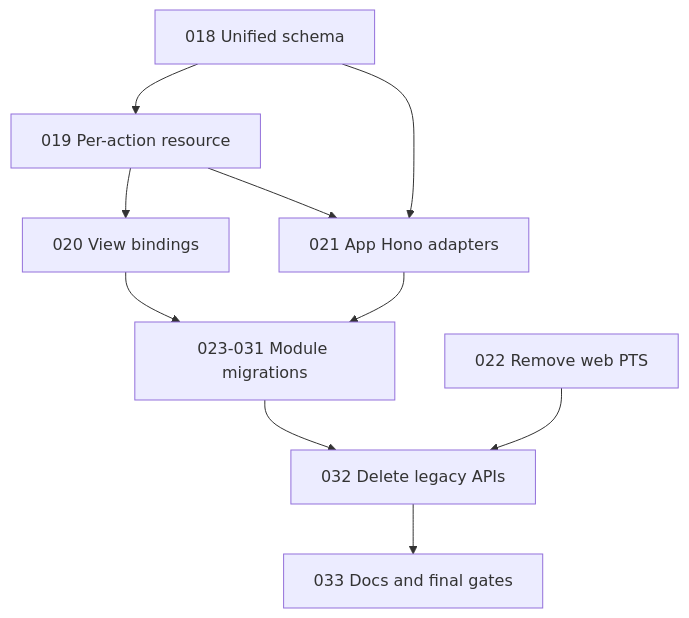
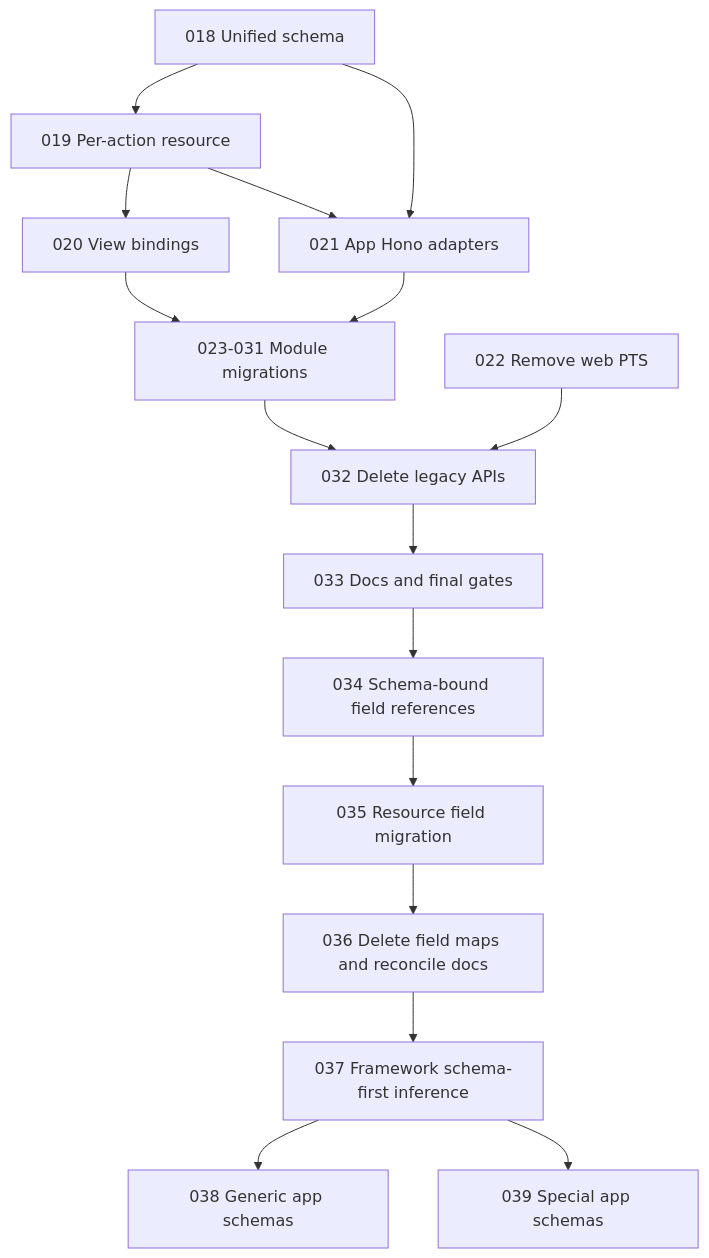
Before and after one commit to southneuhof/carta: the diagram in plans/README.md, drawn with Mermaid. The commit also changed other lines of this file and 239 other files, not shown here.

````diff
--- a/plans/README.md
+++ b/plans/README.md
@@ -30,12 +40,18 @@
 ```mermaid
 flowchart TD
   S["018 Unified schema"] --> R["019 Per-action resource"]
   R --> V["020 View bindings"]
   S --> H["021 App Hono adapters"]
   R --> H
   V --> M["023-031 Module migrations"]
   H --> M
   P["022 Remove web PTS"] --> C["032 Delete legacy APIs"]
   M --> C
   C --> D["033 Docs and final gates"]
+  D --> F["034 Schema-bound field references"]
+  F --> FM["035 Resource field migration"]
+  FM --> FD["036 Delete field maps and reconcile docs"]
+  FD --> Z["037 Framework schema-first inference"]
+  Z --> ZG["038 Generic app schemas"]
+  Z --> ZS["039 Special app schemas"]
 ```
````
